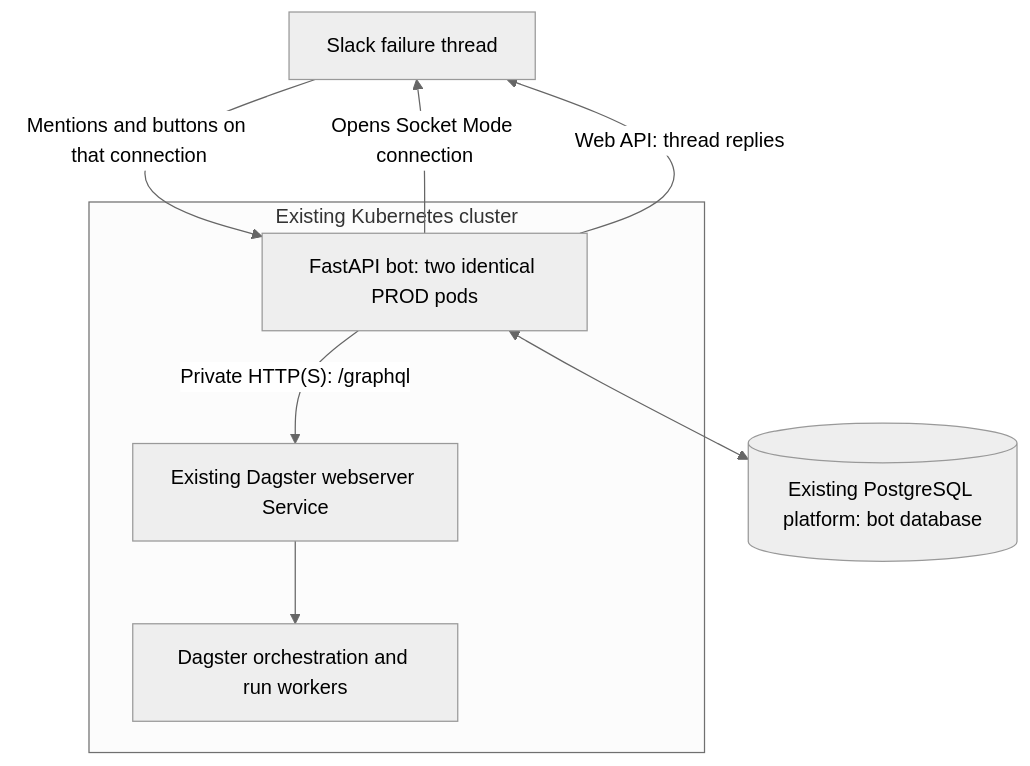
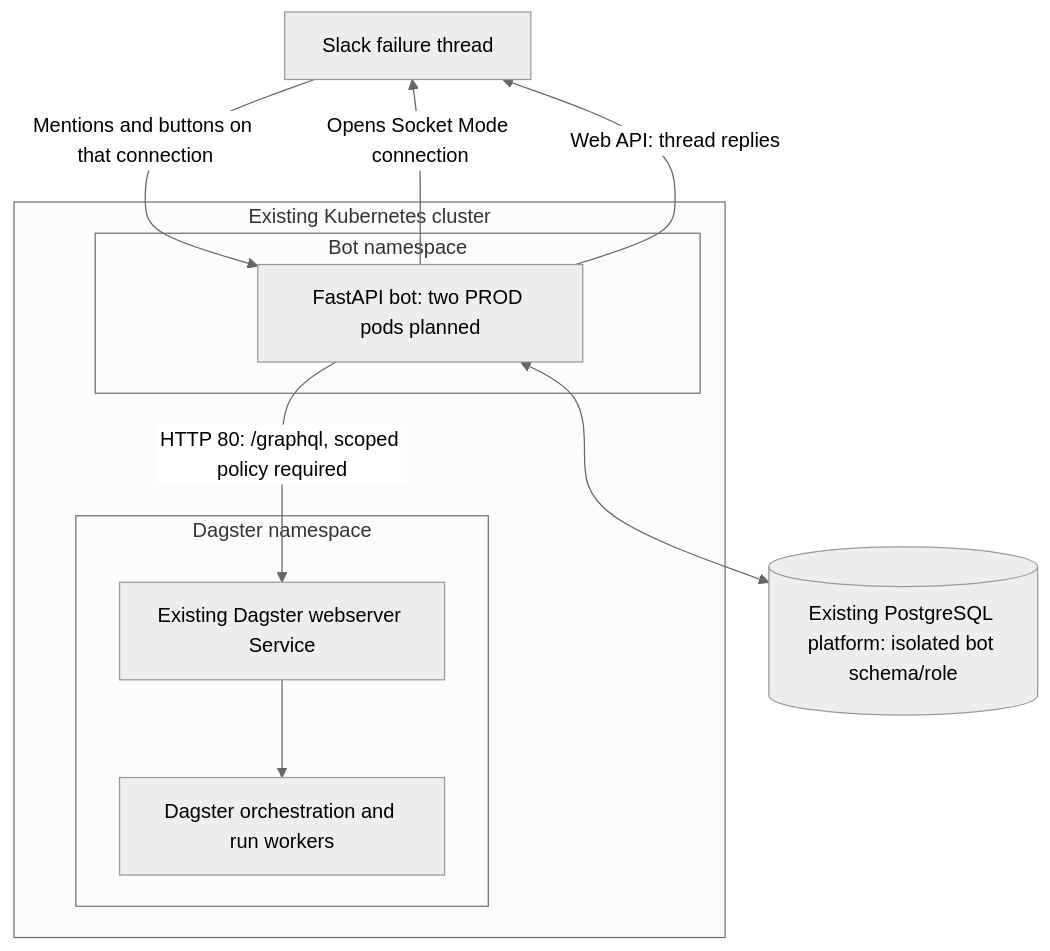
The diagram in openspec/changes/add-dagster-slackbot/design.md (raiaman15/slackbot), drawn with Mermaid (neutral theme) before and after one commit. The commit also changed other lines of this file and 8 other files, not shown here.

````diff
--- a/openspec/changes/add-dagster-slackbot/design.md
+++ b/openspec/changes/add-dagster-slackbot/design.md
@@ -17,16 +17,20 @@
 ```mermaid
 flowchart TD
   S["Slack failure thread"]
   subgraph K["Existing Kubernetes cluster"]
-    B["FastAPI bot: two identical PROD pods"]
-    D["Existing Dagster webserver Service"]
-    R["Dagster orchestration and run workers"]
-    B -->|"Private HTTP(S): /graphql"| D
+    subgraph BN["Bot namespace"]
+      B["FastAPI bot: two PROD pods planned"]
+    end
+    subgraph DN["Dagster namespace"]
+      D["Existing Dagster webserver Service"]
+      R["Dagster orchestration and run workers"]
+    end
+    B -->|"HTTP 80: /graphql, scoped policy required"| D
     D --> R
   end
-  P[("Existing PostgreSQL platform: bot database")]
+  P[("Existing PostgreSQL platform: isolated bot schema/role")]
   B -->|"Opens Socket Mode connection"| S
   S -->|"Mentions and buttons on that connection"| B
   B -->|"Web API: thread replies"| S
   B <--> P
 ```
````
